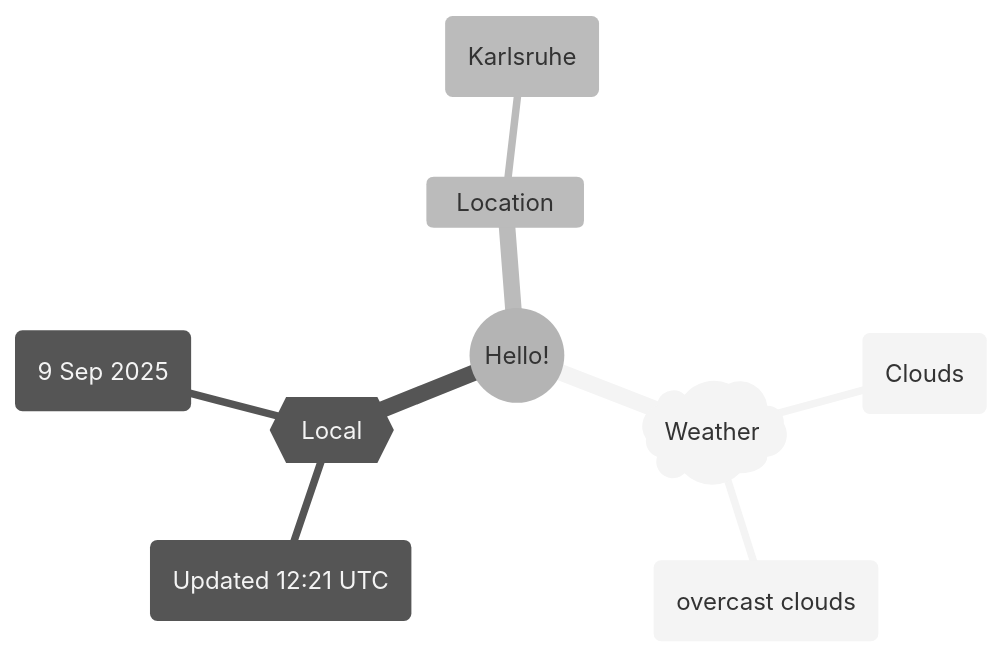
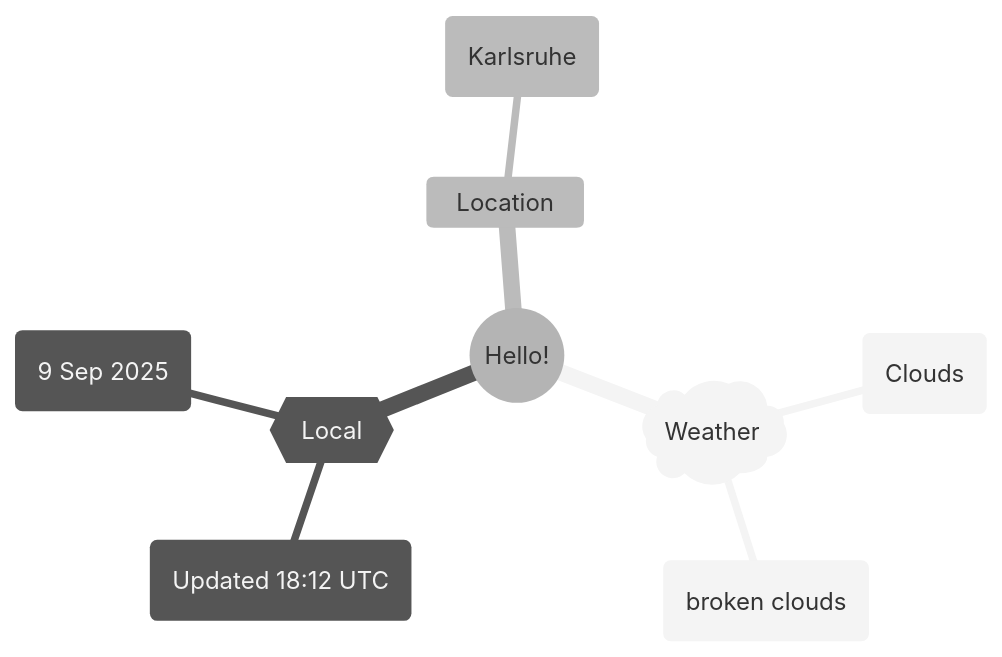
The first of 2 diagrams in README.md (Xosrov/Xosrov), drawn with Mermaid (neutral theme) before and after one commit.

Commit message:
[bot] updated images

````diff
--- a/README.md
+++ b/README.md
@@ -3,12 +3,12 @@
 ```mermaid
 mindmap
   root((Hello!))
     )Weather(
         (Clouds)
-        (overcast clouds)
+        (broken clouds)
     {{Local}}
-        (Updated 12:21 UTC)
+        (Updated 18:12 UTC)
         (9 Sep 2025)
     Location
         (Karlsruhe)
 ```
````
